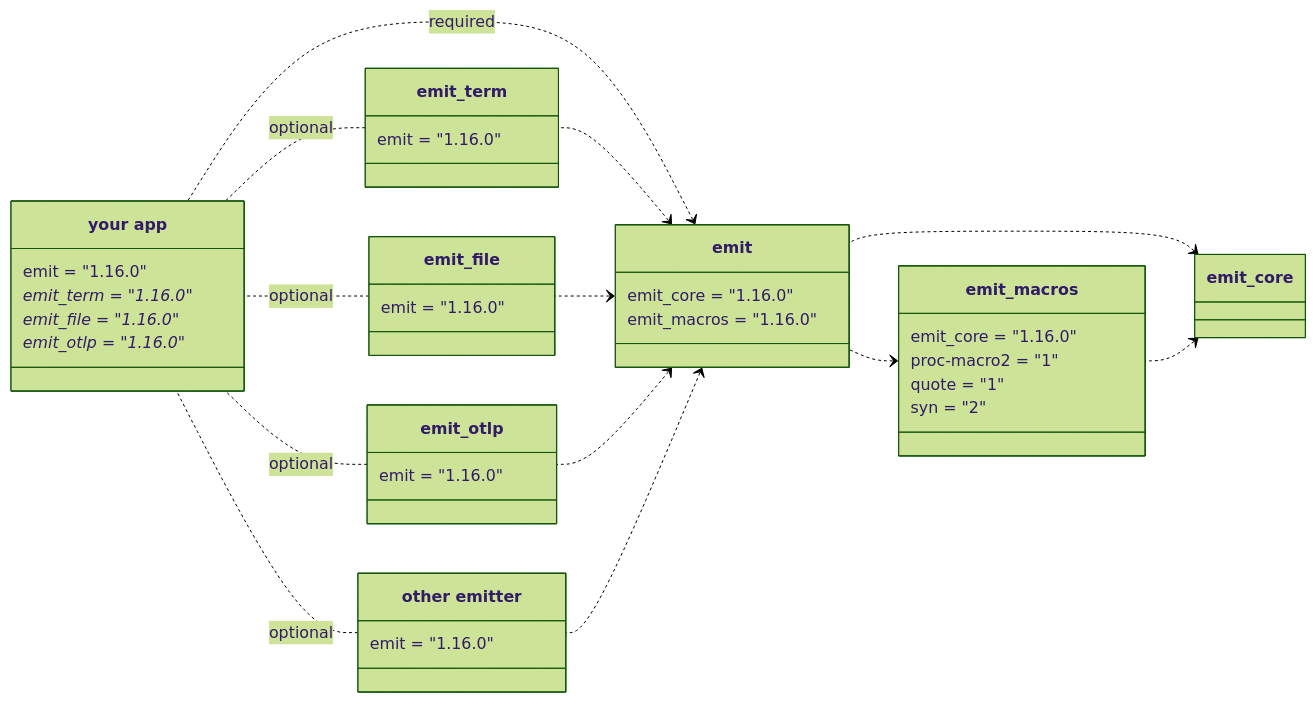
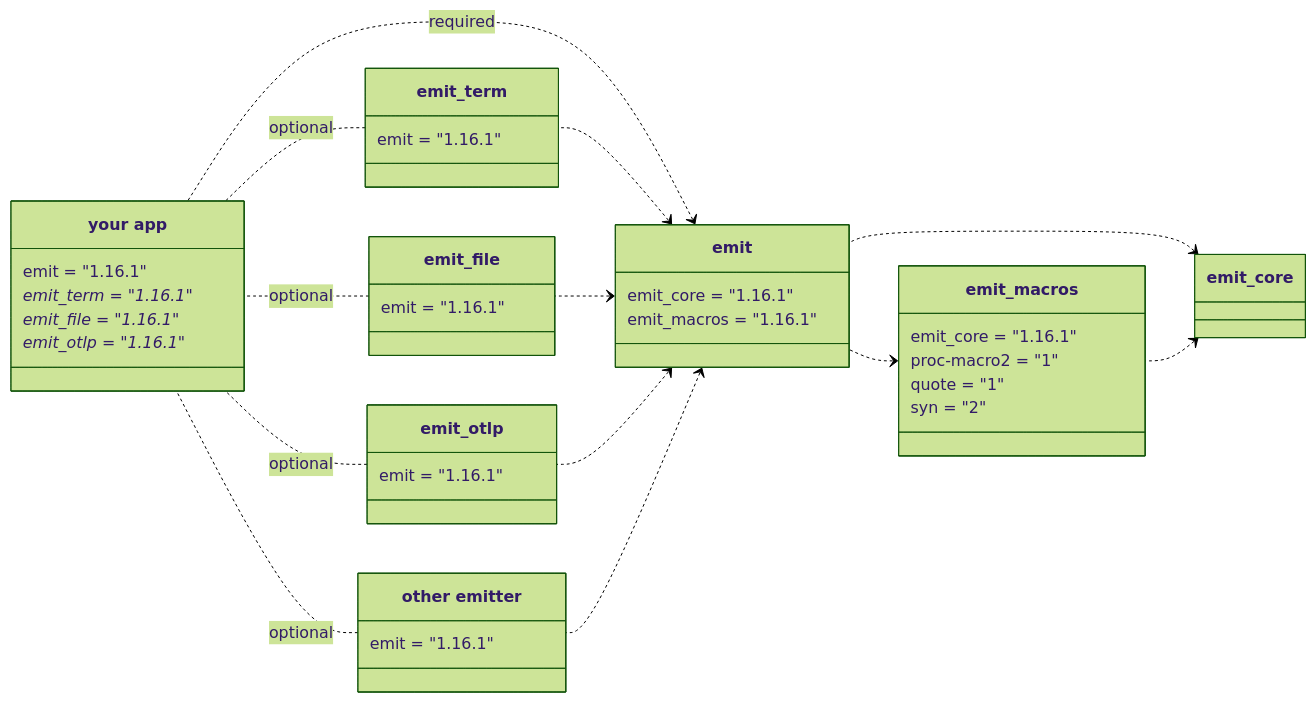
The first of 5 diagrams in book/src/reference/architecture.md (emit-rs/emit), drawn with Mermaid (forest theme) before and after one commit. The commit also changed other lines of this file and 67 other files, not shown here.

````diff
--- a/book/src/reference/architecture.md
+++ b/book/src/reference/architecture.md
@@ -9,62 +9,62 @@
 ```mermaid
 classDiagram
     direction RL
     
     emit_core <.. emit_macros
     emit_core <.. emit
     emit_macros <.. emit
 
     class emit_macros {
-        emit_core = "1.16.0"
+        emit_core = "1.16.1"
         proc-macro2 = "1"
         quote = "1"
         syn = "2"
     }
 
     emit <.. emit_term
     emit <.. emit_file
     emit <.. emit_otlp
     emit <.. emit_custom
 
     emit <.. app : required
 
     class emit {
-        emit_core = "1.16.0"
-        emit_macros = "1.16.0"
+        emit_core = "1.16.1"
+        emit_macros = "1.16.1"
     }
 
     emit_term .. app : optional
     emit_file .. app : optional
     emit_otlp .. app : optional
     emit_custom .. app : optional
 
     class emit_term {
-        emit = "1.16.0"
+        emit = "1.16.1"
     }
 
     class emit_file {
-        emit = "1.16.0"
+        emit = "1.16.1"
     }
 
     class emit_otlp {
-        emit = "1.16.0"
+        emit = "1.16.1"
     }
 
     class emit_custom["other emitter"] {
-        emit = "1.16.0"
+        emit = "1.16.1"
     }
 
     class app["your app"] {
-        emit = "1.16.0"
-        emit_term = "1.16.0"*
-        emit_file = "1.16.0"*
-        emit_otlp = "1.16.0"*
+        emit = "1.16.1"
+        emit_term = "1.16.1"*
+        emit_file = "1.16.1"*
+        emit_otlp = "1.16.1"*
     }
 
-    click emit_core href "https://docs.rs/emit_core/1.16.0/emit_core/index.html"
-    click emit_macros href "https://docs.rs/emit_macros/1.16.0/emit_macros/index.html"
-    click emit href "https://docs.rs/emit/1.16.0/emit/index.html"
-    click emit_term href "https://docs.rs/emit_term/1.16.0/emit_term/index.html"
-    click emit_file href "https://docs.rs/emit_file/1.16.0/emit_file/index.html"
-    click emit_otlp href "https://docs.rs/emit_otlp/1.16.0/emit_otlp/index.html"
+    click emit_core href "https://docs.rs/emit_core/1.16.1/emit_core/index.html"
+    click emit_macros href "https://docs.rs/emit_macros/1.16.1/emit_macros/index.html"
+    click emit href "https://docs.rs/emit/1.16.1/emit/index.html"
+    click emit_term href "https://docs.rs/emit_term/1.16.1/emit_term/index.html"
+    click emit_file href "https://docs.rs/emit_file/1.16.1/emit_file/index.html"
+    click emit_otlp href "https://docs.rs/emit_otlp/1.16.1/emit_otlp/index.html"
 ```
````
